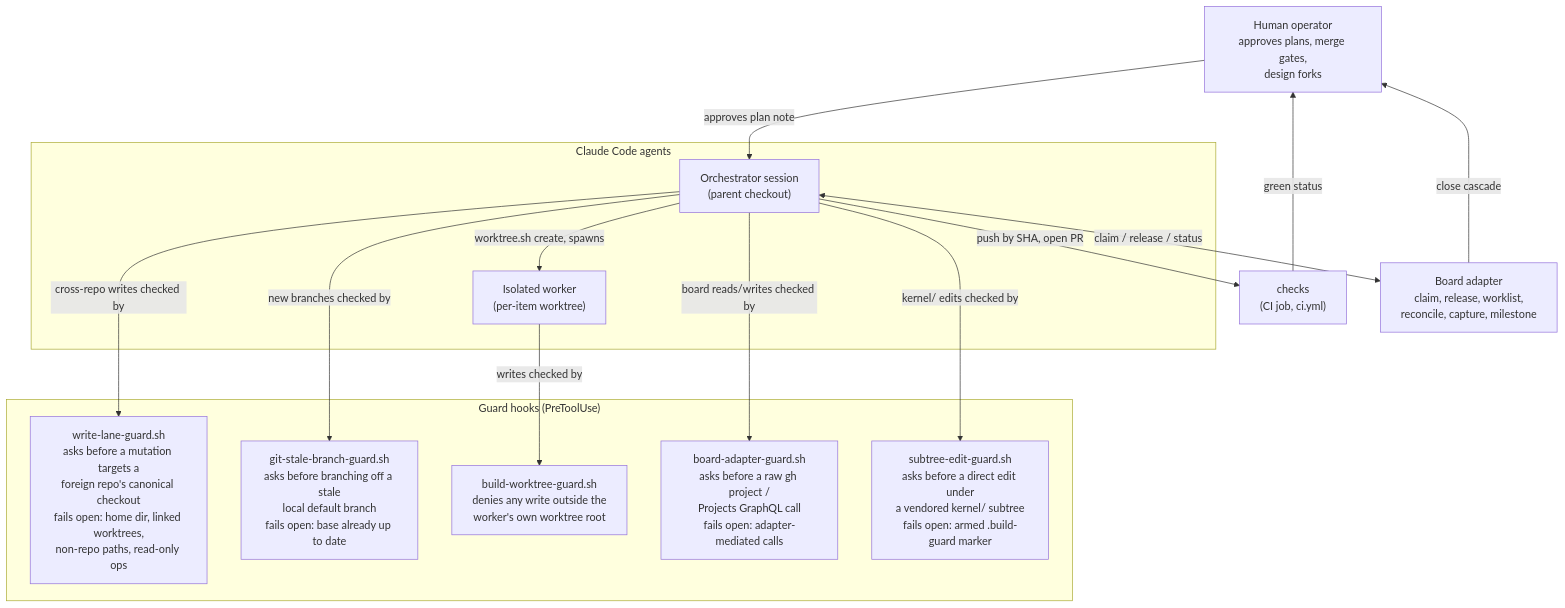
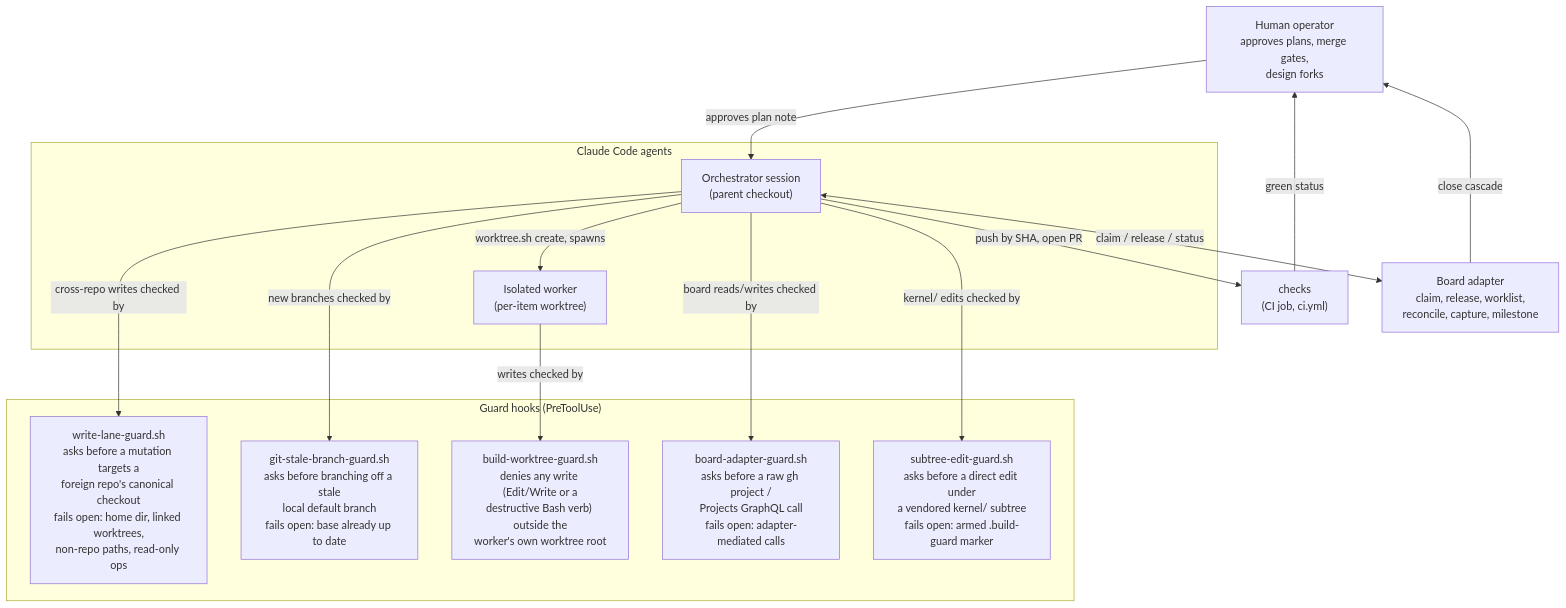
Before and after one commit to Towheads/temperloop: the second of 3 diagrams in docs/architecture.md, drawn with Mermaid. The commit also changed other lines of this file and 5 other files, not shown here.

````diff
--- a/docs/architecture.md
+++ b/docs/architecture.md
@@ -113,32 +113,32 @@
 ```mermaid
 flowchart TB
     Human["Human operator<br/>approves plans, merge gates,<br/>design forks"]
 
     subgraph Agents["Claude Code agents"]
         Orchestrator["Orchestrator session<br/>(parent checkout)"]
         Worker["Isolated worker<br/>(per-item worktree)"]
     end
 
     subgraph Hooks["Guard hooks (PreToolUse)"]
         WriteLane["write-lane-guard.sh<br/>asks before a mutation targets a<br/>foreign repo's canonical checkout<br/>fails open: home dir, linked worktrees,<br/>non-repo paths, read-only ops"]
         StaleBranch["git-stale-branch-guard.sh<br/>asks before branching off a stale<br/>local default branch<br/>fails open: base already up to date"]
-        WorktreeGuard["build-worktree-guard.sh<br/>denies any write outside the<br/>worker's own worktree root"]
+        WorktreeGuard["build-worktree-guard.sh<br/>denies any write (Edit/Write or a<br/>destructive Bash verb) outside the<br/>worker's own worktree root"]
         BoardGuard["board-adapter-guard.sh<br/>asks before a raw gh project /<br/>Projects GraphQL call<br/>fails open: adapter-mediated calls"]
         SubtreeGuard["subtree-edit-guard.sh<br/>asks before a direct edit under<br/>a vendored kernel/ subtree<br/>fails open: armed .build-guard marker"]
     end
 
     CI["checks<br/>(CI job, ci.yml)"]
     Board["Board adapter<br/>claim, release, worklist,<br/>reconcile, capture, milestone"]
 
     Human -->|approves plan note| Orchestrator
     Orchestrator -->|worktree.sh create, spawns| Worker
     Worker -->|writes checked by| WorktreeGuard
     Orchestrator -->|cross-repo writes checked by| WriteLane
     Orchestrator -->|new branches checked by| StaleBranch
     Orchestrator -->|board reads/writes checked by| BoardGuard
     Orchestrator -->|kernel/ edits checked by| SubtreeGuard
     Orchestrator -->|push by SHA, open PR| CI
     CI -->|green status| Human
     Orchestrator <-->|claim / release / status| Board
     Board -->|close cascade| Human
 ```
````
